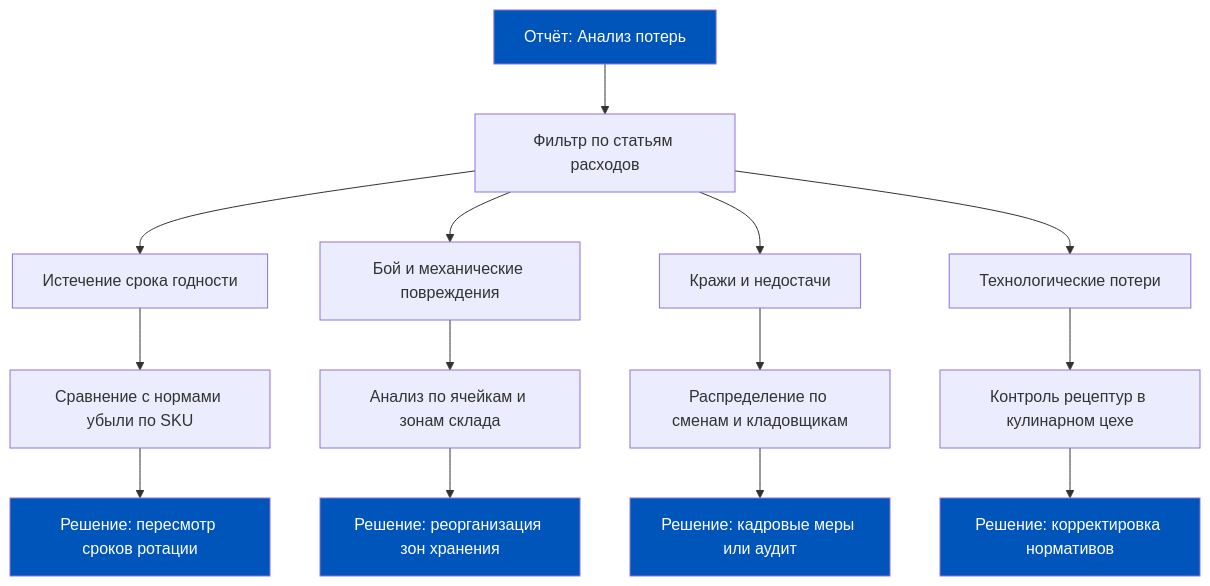
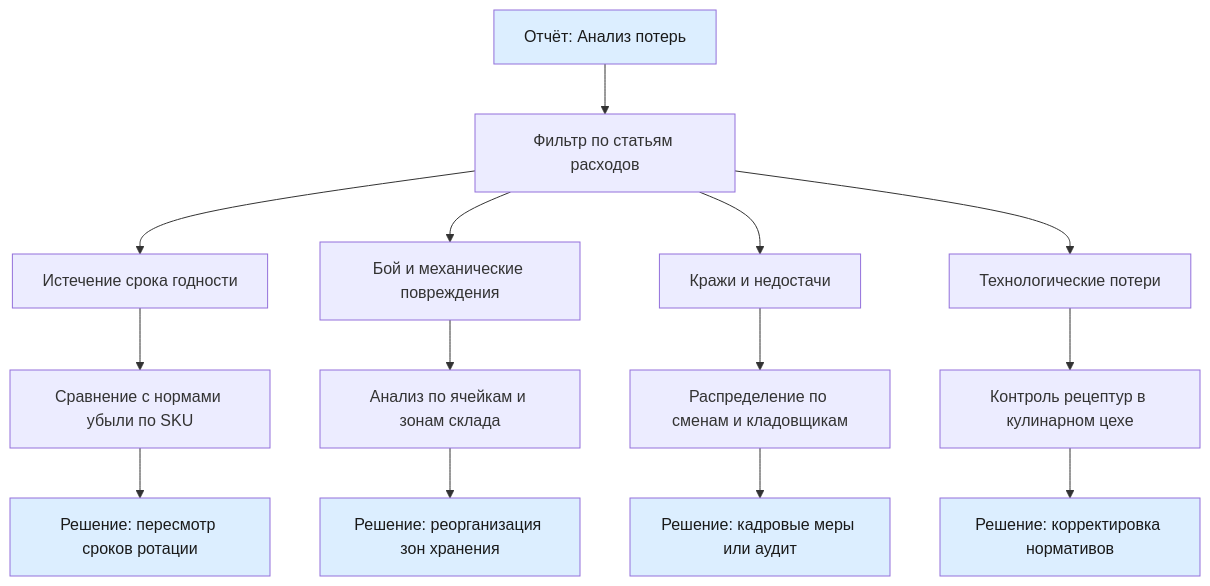
Before and after one commit to murad1986/1c-erp-quartz: the sixth of 9 diagrams in content/1c-erp/week_5/Неделя 5 - День 4 - Оприходование и списание.md, drawn with Mermaid. The commit also changed other lines of this file and 57 other files, not shown here.

First line of the commit message:
fix: Mermaid — пастельные цвета в источниках диаграмм (56 файлов)

````diff
--- a/content/1c-erp/week_5/Неделя 5 - День 4 - Оприходование и списание.md
+++ b/content/1c-erp/week_5/Неделя 5 - День 4 - Оприходование и списание.md
@@ -289,24 +289,24 @@
 ```mermaid
 graph TD
     A[Отчёт: Анализ потерь] --> B[Фильтр по статьям расходов]
     B --> C[Истечение срока годности]
     B --> D[Бой и механические повреждения]
     B --> E[Кражи и недостачи]
     B --> F[Технологические потери]
 
     C --> G[Сравнение с нормами убыли по SKU]
     D --> H[Анализ по ячейкам и зонам склада]
     E --> I[Распределение по сменам и кладовщикам]
     F --> J[Контроль рецептур в кулинарном цехе]
 
     G --> K[Решение: пересмотр сроков ротации]
     H --> L[Решение: реорганизация зон хранения]
     I --> M[Решение: кадровые меры или аудит]
     J --> N[Решение: корректировка нормативов]
 
-    style A fill:#0055BB,color:#fff
-    style K fill:#0055BB,color:#fff
-    style L fill:#0055BB,color:#fff
-    style M fill:#0055BB,color:#fff
-    style N fill:#0055BB,color:#fff
+    style A fill:#dceeff,color:#1a1a1a
+    style K fill:#dceeff,color:#1a1a1a
+    style L fill:#dceeff,color:#1a1a1a
+    style M fill:#dceeff,color:#1a1a1a
+    style N fill:#dceeff,color:#1a1a1a
 ```
````
